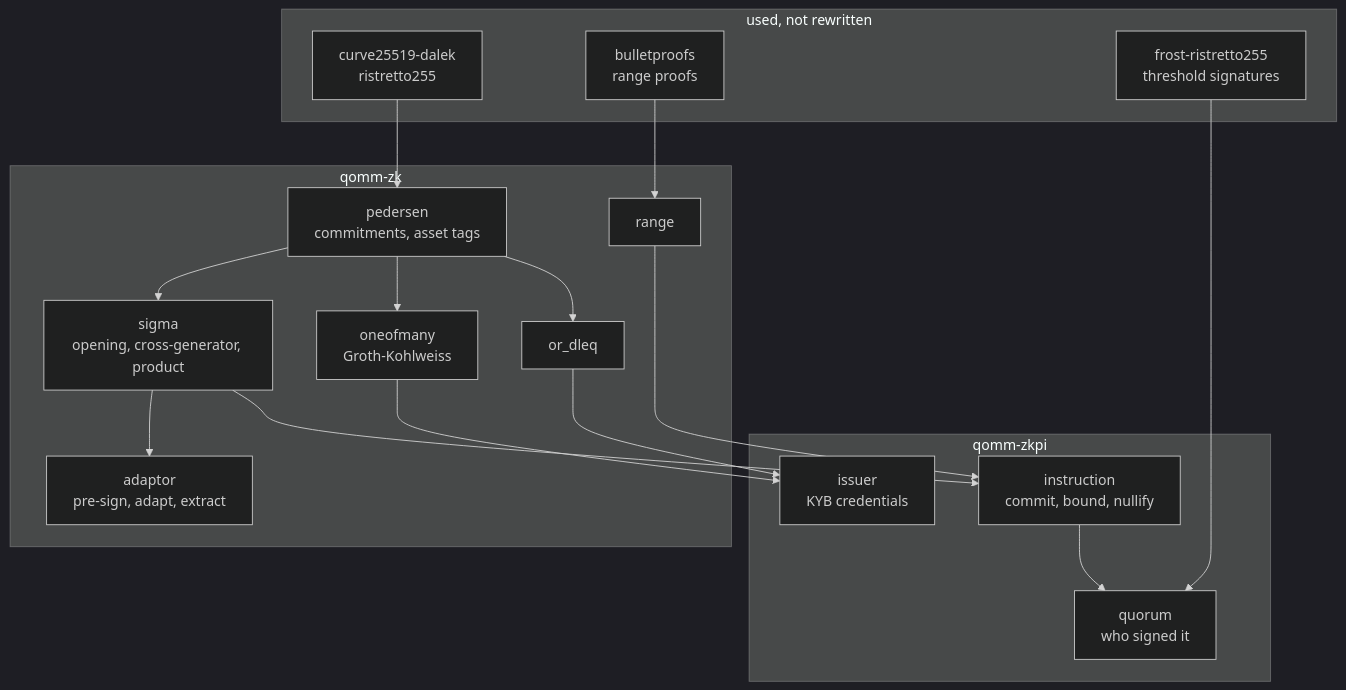
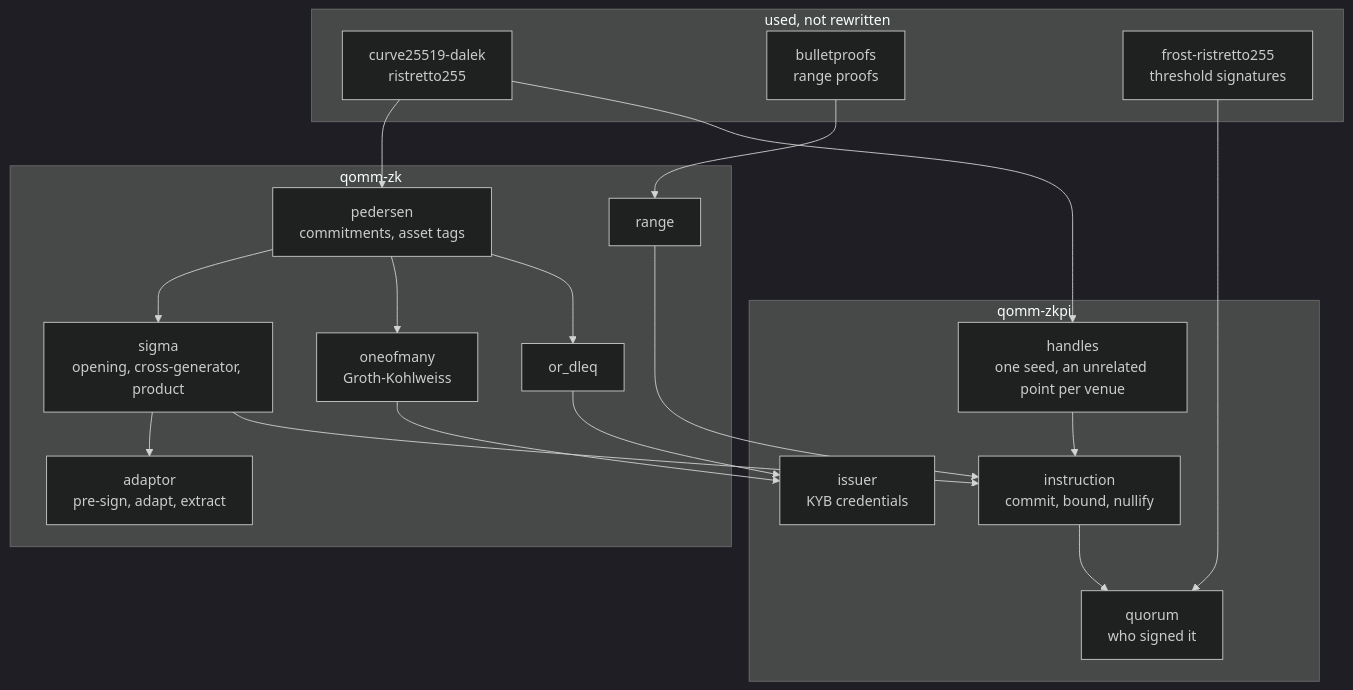
One commit to shukob/zkpi changed the second of 2 diagrams in README.md. Above: the diagram before and after it, drawn with Mermaid (dark theme). The commit also changed 2 other files, not shown here.

Commit message:
A handle per venue, so one firm is two unrelated points
The design said an instruction names no account, only a handle, and that the
handle is derived per venue so that a reader of two venues cannot join them.
That was prose. The library offered no way to derive one, so the obvious
integration used a single identifier everywhere -- and a benchmark next door
then measured that an observer joins those two venues with certainty.

`handles` is the derivation: one seed, an unrelated ristretto point at each
venue, from a hash of the seed and the venue label. The test beside it runs
the scheme that suggests itself first -- one secret scaled by a public
per-venue factor -- and shows it is publicly linkable, because that is the
mistake worth naming.

````diff
--- a/README.md
+++ b/README.md
@@ -49,36 +49,39 @@
 ```mermaid
 flowchart TB
     subgraph audited["used, not rewritten"]
         DALEK["curve25519-dalek<br/>ristretto255"]
         BP["bulletproofs<br/>range proofs"]
         FROST["frost-ristretto255<br/>threshold signatures"]
     end
 
     subgraph zk["qomm-zk"]
         PED["pedersen<br/>commitments, asset tags"]
         SIG["sigma<br/>opening, cross-generator, product"]
         RNG["range"]
         OOM["oneofmany<br/>Groth-Kohlweiss"]
         ORD["or_dleq"]
         ADP["adaptor<br/>pre-sign, adapt, extract"]
     end
 
     subgraph pi["qomm-zkpi"]
         ISS["issuer<br/>KYB credentials"]
         INS["instruction<br/>commit, bound, nullify"]
         QUO["quorum<br/>who signed it"]
+        HAN["handles<br/>one seed, an unrelated point per venue"]
     end
 
     DALEK --> PED
+    DALEK --> HAN
     BP --> RNG
     FROST --> QUO
     PED --> SIG
     PED --> OOM
     PED --> ORD
     SIG --> ADP
     SIG --> INS
     RNG --> INS
     OOM --> ISS
     ORD --> ISS
     INS --> QUO
+    HAN --> INS
 ```
````
